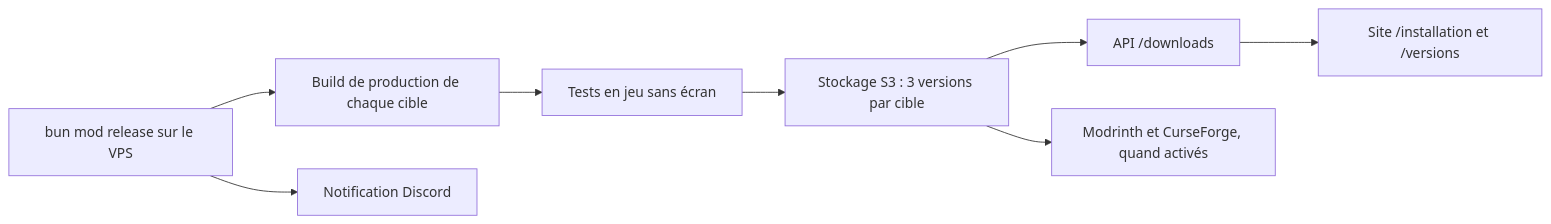
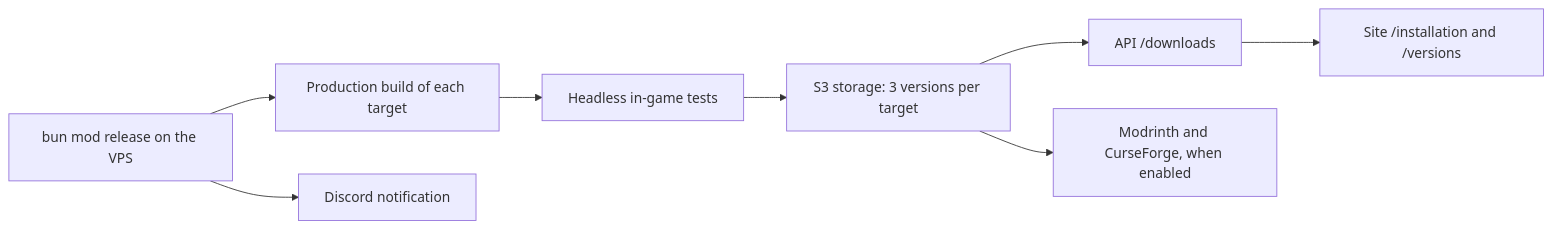
One commit to For-Hives/minemories changed the first of 2 diagrams in docs/features/automatic-releases.md. Above: the diagram before and after it, drawn with Mermaid. The commit also changed other lines of this file and 301 other files, not shown here.

````diff
--- a/docs/features/automatic-releases.md
+++ b/docs/features/automatic-releases.md
@@ -7,10 +7,10 @@
 ```mermaid
 flowchart LR
-  A[bun mod release sur le VPS] --> B[Build de production de chaque cible]
-  B --> C[Tests en jeu sans écran]
-  C --> D[Stockage S3 : 3 versions par cible]
+  A[bun mod release on the VPS] --> B[Production build of each target]
+  B --> C[Headless in-game tests]
+  C --> D[S3 storage: 3 versions per target]
   D --> E[API /downloads]
-  E --> F[Site /installation et /versions]
-  D --> G[Modrinth et CurseForge, quand activés]
-  A --> H[Notification Discord]
+  E --> F[Site /installation and /versions]
+  D --> G[Modrinth and CurseForge, when enabled]
+  A --> H[Discord notification]
 ```
````
